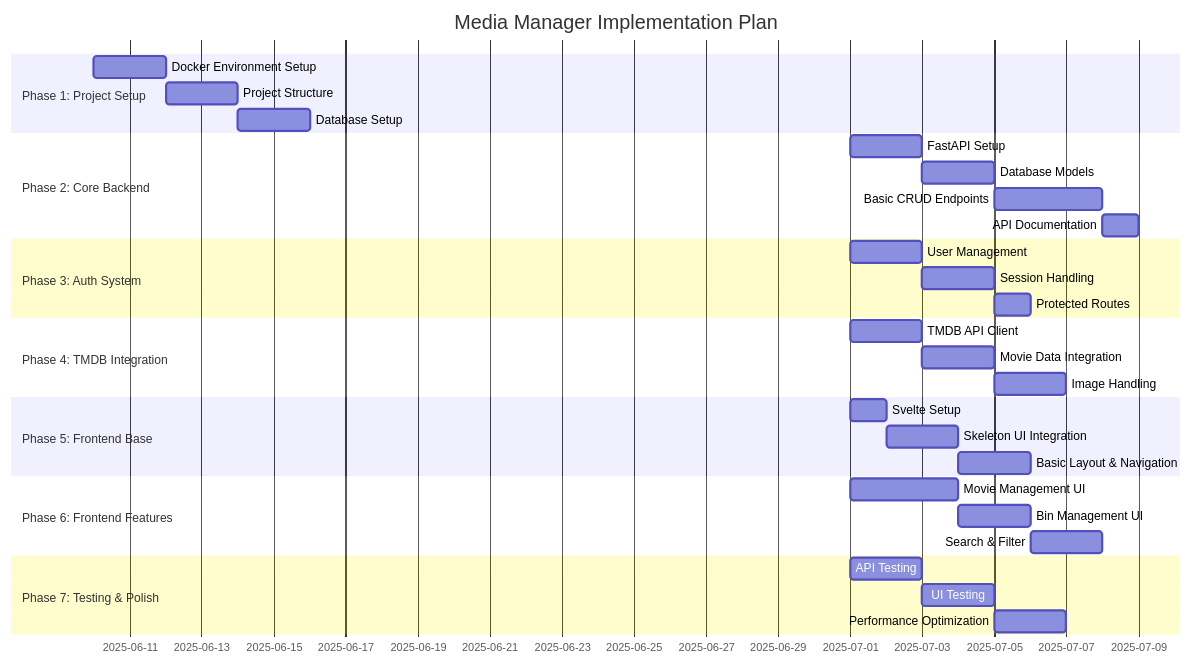
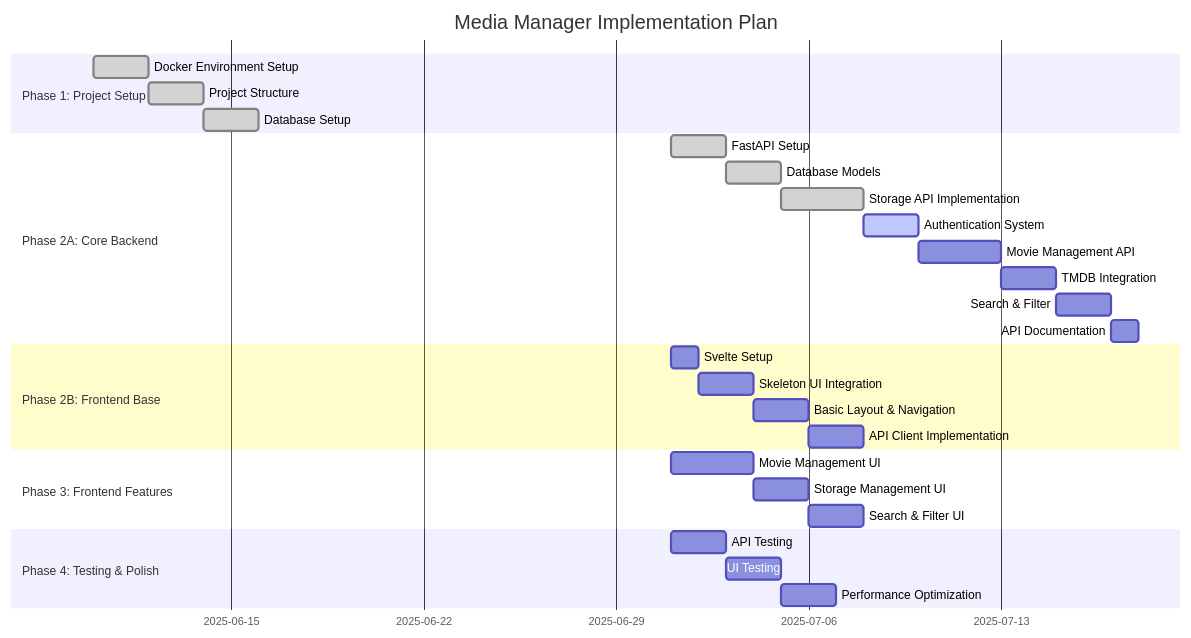
The diagram in docs/implementation-plan.md (trekie86/media-manager), drawn with Mermaid before and after one commit. The commit also changed other lines of this file, not shown here.

Commit message:
Updating implementation plan to keep documentaiton up to date.

````diff
--- a/docs/implementation-plan.md
+++ b/docs/implementation-plan.md
@@ -9,41 +9,36 @@
 ```mermaid
 gantt
     title Media Manager Implementation Plan
     dateFormat YYYY-MM-DD
     
     section Phase 1: Project Setup
-    Docker Environment Setup       :2025-06-10, 2d
-    Project Structure             :2d
-    Database Setup               :2d
+    Docker Environment Setup       :done, 2025-06-10, 2d
+    Project Structure             :done, 2d
+    Database Setup               :done, 2d
     
-    section Phase 2: Core Backend
-    FastAPI Setup                :after Phase 1, 2d
-    Database Models              :2d
-    Basic CRUD Endpoints         :3d
+    section Phase 2A: Core Backend
+    FastAPI Setup                :done, after Phase 1, 2d
+    Database Models              :done, 2d
+    Storage API Implementation   :done, 3d
+    Authentication System        :active, 2d
+    Movie Management API         :3d
+    TMDB Integration            :2d
+    Search & Filter             :2d
     API Documentation           :1d
     
-    section Phase 3: Auth System
-    User Management             :after Phase 2, 2d
-    Session Handling            :2d
-    Protected Routes            :1d
-    
-    section Phase 4: TMDB Integration
-    TMDB API Client             :after Phase 3, 2d
-    Movie Data Integration      :2d
-    Image Handling              :2d
-    
-    section Phase 5: Frontend Base
-    Svelte Setup               :after Phase 4, 1d
+    section Phase 2B: Frontend Base
+    Svelte Setup               :after Phase 2A, 1d
     Skeleton UI Integration    :2d
     Basic Layout & Navigation  :2d
+    API Client Implementation  :2d
     
-    section Phase 6: Frontend Features
-    Movie Management UI        :after Phase 5, 3d
-    Bin Management UI         :2d
-    Search & Filter           :2d
+    section Phase 3: Frontend Features
+    Movie Management UI        :after Phase 2B, 3d
+    Storage Management UI      :2d
+    Search & Filter UI         :2d
     
-    section Phase 7: Testing & Polish
-    API Testing              :after Phase 6, 2d
+    section Phase 4: Testing & Polish
+    API Testing              :after Phase 3, 2d
     UI Testing               :2d
     Performance Optimization :2d
 ```
````
